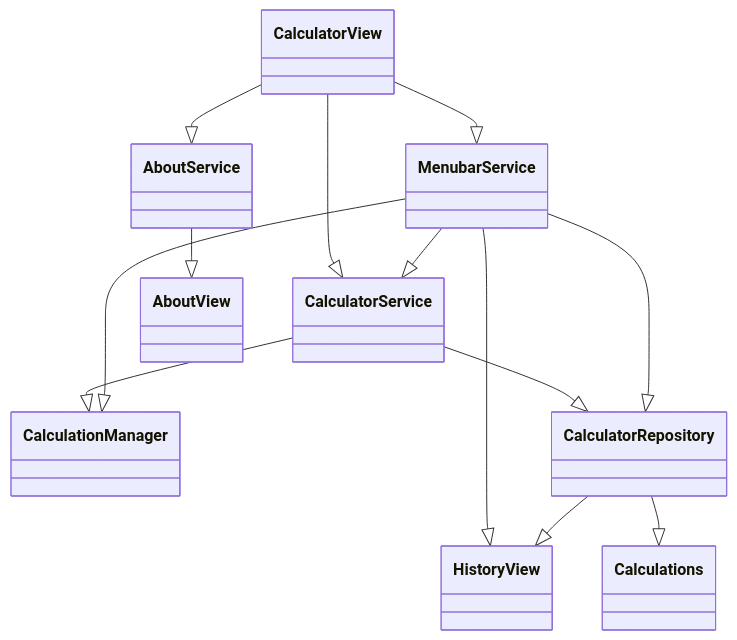
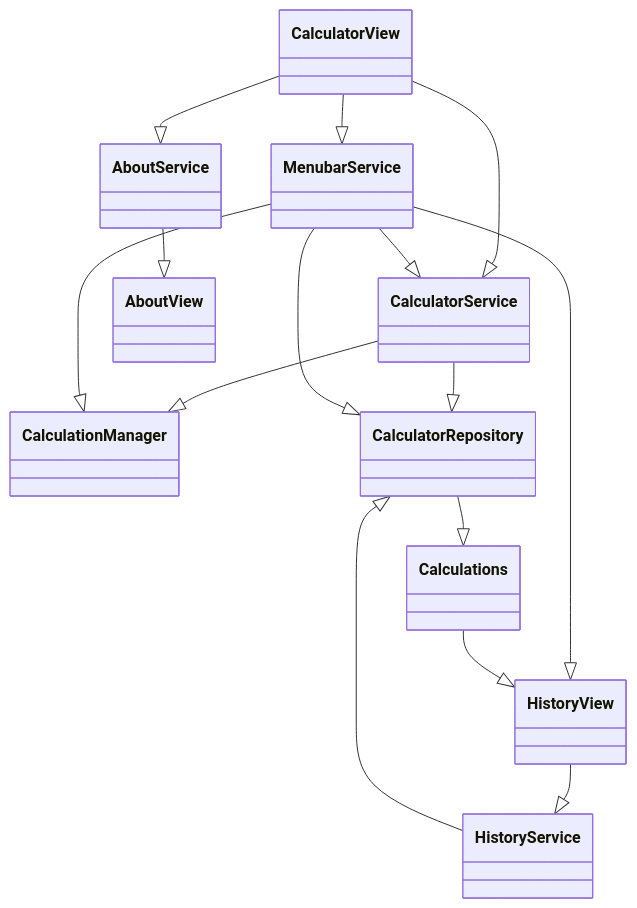
The second of 3 diagrams in dokumentaatio/arkkitehtuuri.md (opturtio/Calculator), drawn with Mermaid before and after one commit. The commit also changed other lines of this file, not shown here.

````diff
--- a/dokumentaatio/arkkitehtuuri.md
+++ b/dokumentaatio/arkkitehtuuri.md
@@ -21,19 +21,23 @@
 ```mermaid
 classDiagram
     CalculatorView --|> CalculatorService
     CalculatorView --|> MenubarService
     CalculatorView --|> AboutService
 
     CalculatorService --|> CalculationManager
     CalculatorService --|> CalculatorRepository
 
     AboutService --|> AboutView
 
     MenubarService --|> HistoryView
     MenubarService --|> CalculatorRepository
     MenubarService --|> CalculatorService
     MenubarService --|> CalculationManager
 
-    CalculatorRepository --|> HistoryView
     CalculatorRepository --|> Calculations
+
+    Calculations --|> HistoryView
+
+    HistoryView --|> HistoryService
+    HistoryService --|> CalculatorRepository
 ```
````
